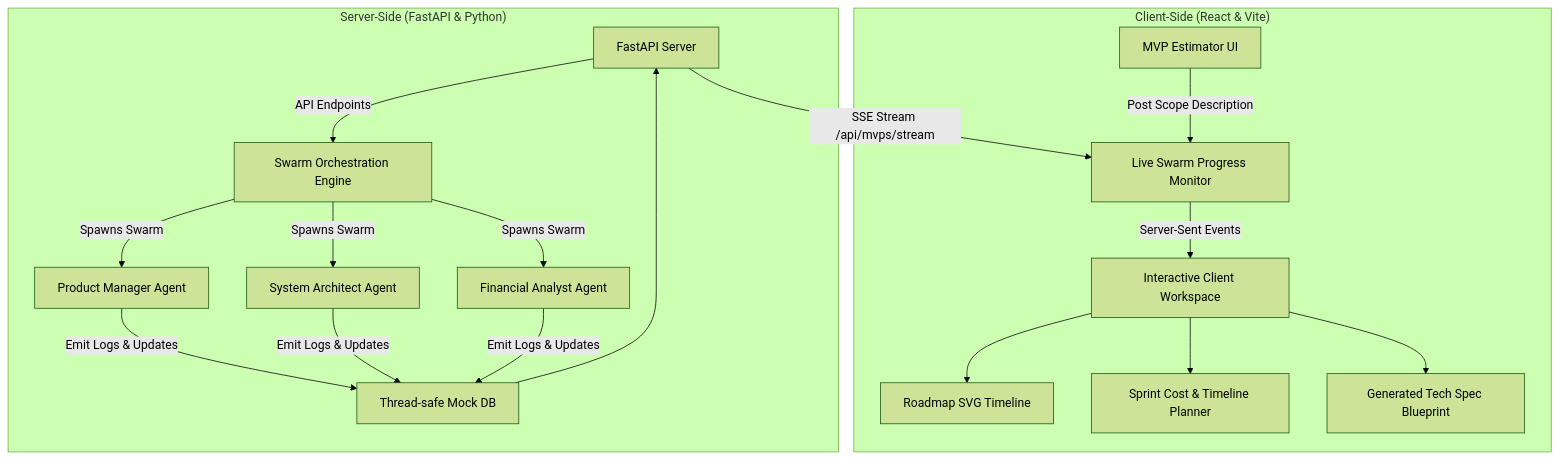
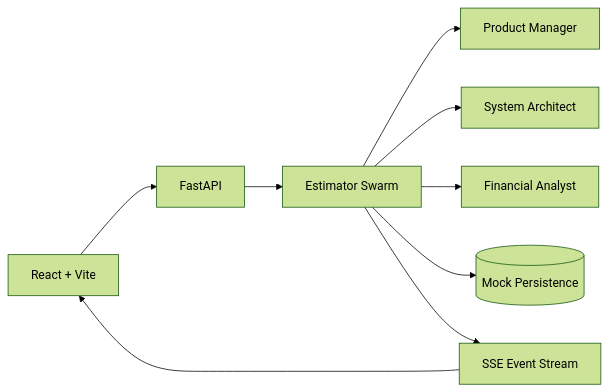
One commit to AcadifySolution/aegis-mvp-launchpad changed the diagram in README.md. Above: the diagram before and after it, drawn with Mermaid (forest theme). The commit also changed other lines of this file, not shown here.

````diff
--- a/README.md
+++ b/README.md
@@ -13,20 +9,11 @@
 ```mermaid
-graph TD
-    subgraph "Client-Side (React & Vite)"
-        A[MVP Estimator UI] -->|Post Scope Description| B[Live Swarm Progress Monitor]
-        B -->|Server-Sent Events| C[Interactive Client Workspace]
-        C --> D[Roadmap SVG Timeline]
-        C --> E[Sprint Cost & Timeline Planner]
-        C --> F[Generated Tech Spec Blueprint]
-    end
-
-    subgraph "Server-Side (FastAPI & Python)"
-        G[FastAPI Server] -->|SSE Stream /api/mvps/stream| B
-        G -->|API Endpoints| H[Swarm Orchestration Engine]
-        H -->|Spawns Swarm| I[Product Manager Agent]
-        H -->|Spawns Swarm| J[System Architect Agent]
-        H -->|Spawns Swarm| K[Financial Analyst Agent]
-        I & J & K -->|Emit Logs & Updates| L[Thread-safe Mock DB]
-        L --> G
-    end
+flowchart LR
+    UI[React + Vite] --> API[FastAPI]
+    API --> SWARM[Estimator Swarm]
+    SWARM --> PM[Product Manager]
+    SWARM --> ARCH[System Architect]
+    SWARM --> FIN[Financial Analyst]
+    SWARM --> DB[(Mock Persistence)]
+    SWARM --> SSE[SSE Event Stream]
+    SSE --> UI
 ```
````
